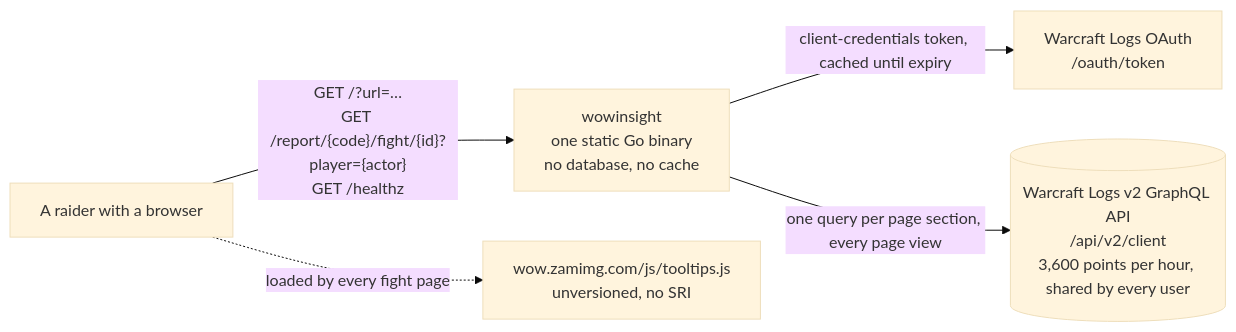
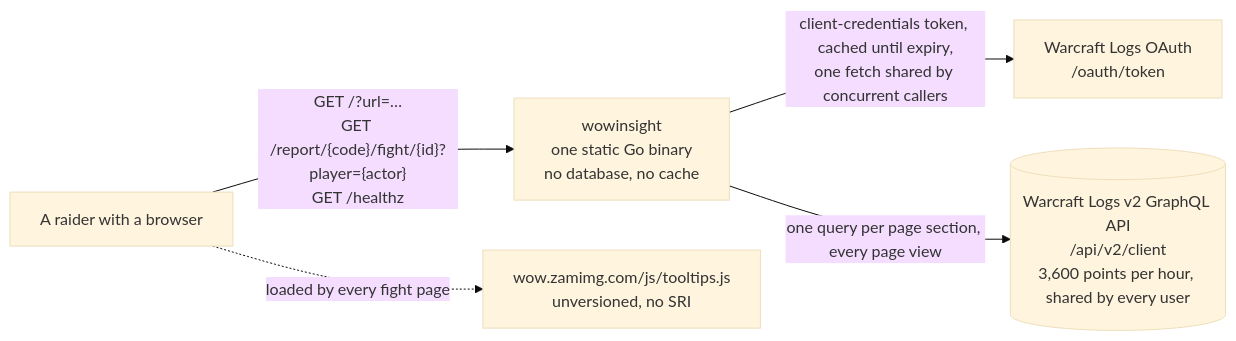
The first of 3 diagrams in ARCHITECTURE.md (Gabriel2048/wow-insights), drawn with Mermaid (base theme) before and after one commit. The commit also changed other lines of this file and 3 other files, not shown here.

````diff
--- a/ARCHITECTURE.md
+++ b/ARCHITECTURE.md
@@ -16,13 +16,13 @@
 ```mermaid
 flowchart LR
     user["A raider with a browser"]
     app["wowinsight<br/>one static Go binary<br/>no database, no cache"]
     oauth["Warcraft Logs OAuth<br/>/oauth/token"]
     api[("Warcraft Logs v2 GraphQL API<br/>/api/v2/client<br/>3,600 points per hour, shared by every user")]
     zam["wow.zamimg.com/js/tooltips.js<br/>unversioned, no SRI"]
 
     user -->|"GET /?url=…<br/>GET /report/{code}/fight/{id}?player={actor}<br/>GET /healthz"| app
-    app -->|"client-credentials token, cached until expiry"| oauth
+    app -->|"client-credentials token, cached until expiry,<br/>one fetch shared by concurrent callers"| oauth
     app -->|"one query per page section, every page view"| api
     user -.->|"loaded by every fight page"| zam
 ```
````
